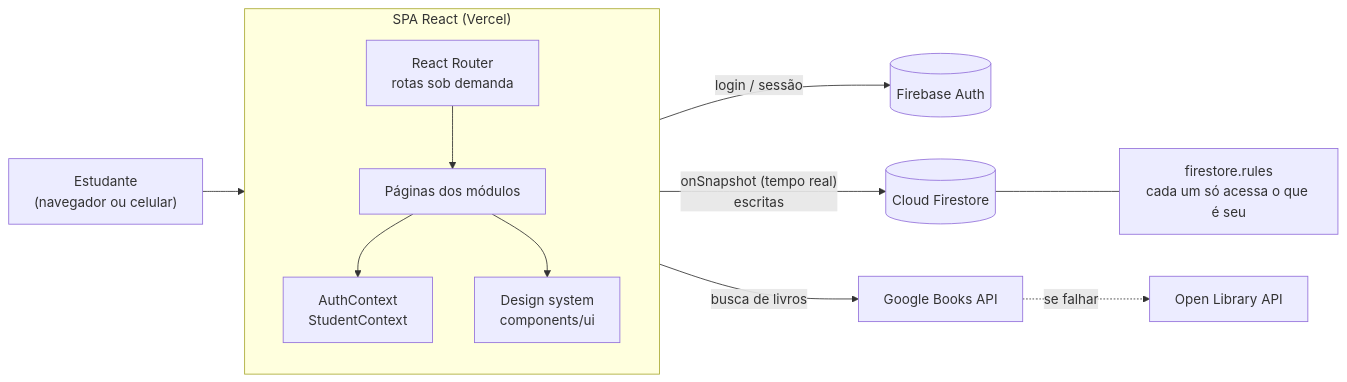
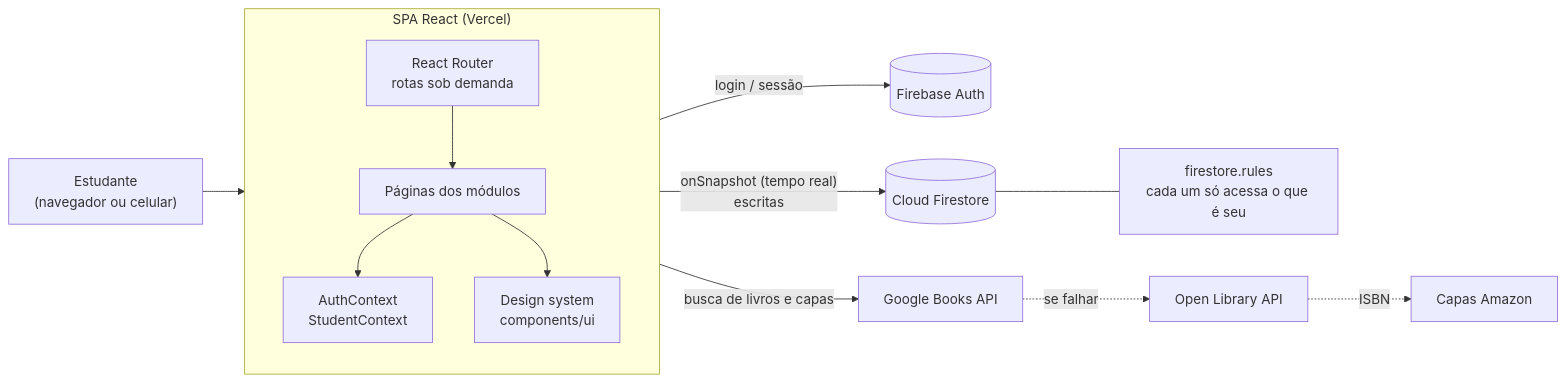
Before and after one commit to DanielWallans/learnhub2.0: the first of 4 diagrams in README.md, drawn with Mermaid. The commit also changed other lines of this file, not shown here.

Commit message:
README: documenta a capa automática dos livros

````diff
--- a/README.md
+++ b/README.md
@@ -188,17 +188,18 @@
 ```mermaid
 flowchart LR
     U["Estudante<br/>(navegador ou celular)"] --> SPA
 
     subgraph SPA["SPA React (Vercel)"]
         direction TB
         R["React Router<br/>rotas sob demanda"] --> P["Páginas dos módulos"]
         P --> CTX["AuthContext<br/>StudentContext"]
         P --> DS["Design system<br/>components/ui"]
     end
 
     CTX -- "login / sessão" --> AUTH[("Firebase Auth")]
     P -- "onSnapshot (tempo real)<br/>escritas" --> FS[("Cloud Firestore")]
     FS --- RULES["firestore.rules<br/>cada um só acessa o que é seu"]
-    P -- "busca de livros" --> GB["Google Books API"]
+    P -- "busca de livros e capas" --> GB["Google Books API"]
     GB -. "se falhar" .-> OL["Open Library API"]
+    OL -. "ISBN" .-> AMZ["Capas Amazon"]
 ```
````
